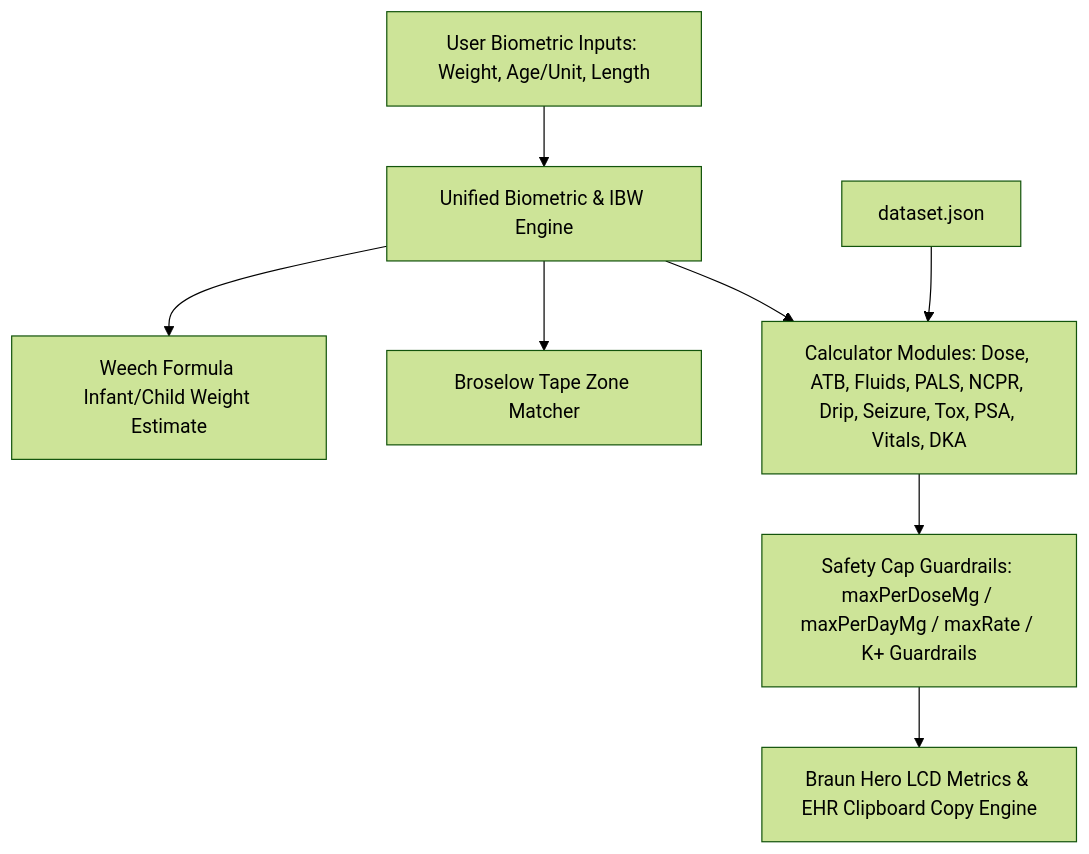
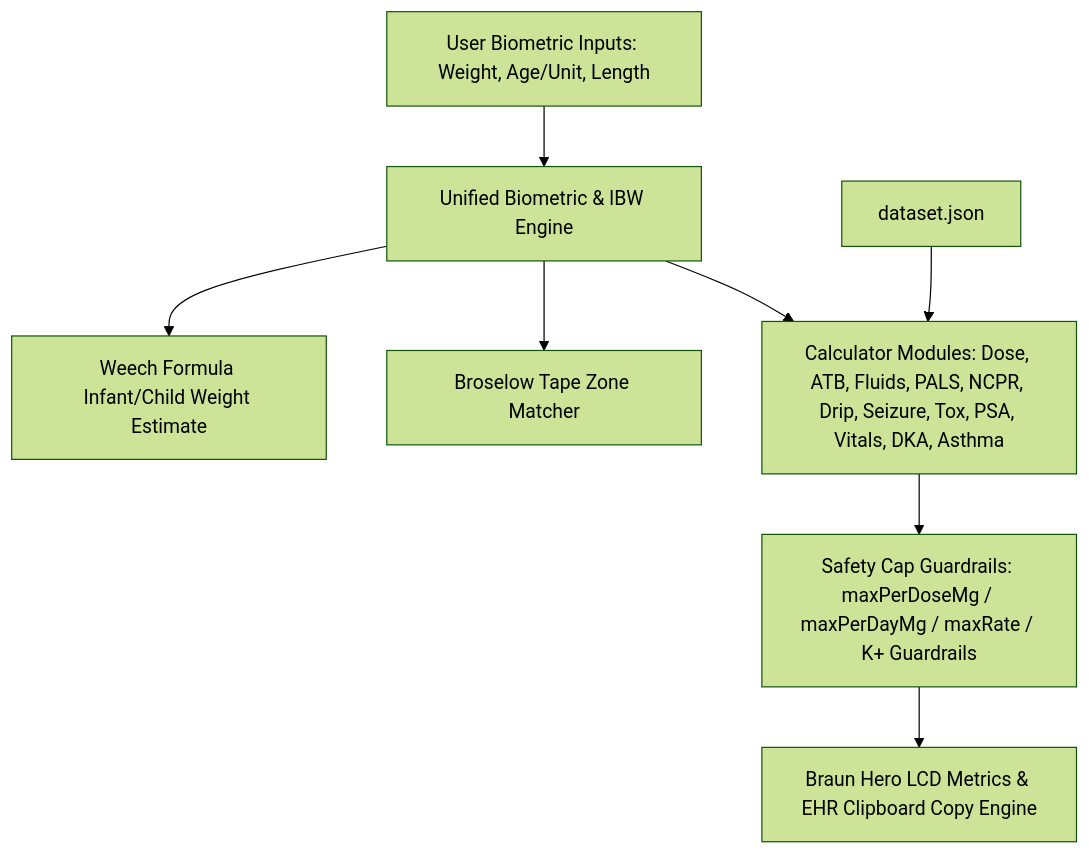
The diagram in ARCHITECTURE.md (NTWKKM/er-ped), drawn with Mermaid (forest theme) before and after one commit. The commit also changed other lines of this file and 9 other files, not shown here.

First line of the commit message:
feat: Add Acute Asthma Attack Protocol tab with HFNC calculator (v1.8.0)

````diff
--- a/ARCHITECTURE.md
+++ b/ARCHITECTURE.md
@@ -32,10 +33,10 @@
 ```mermaid
 flowchart TD
     UserInputs[User Biometric Inputs: Weight, Age/Unit, Length] --> BiometricEngine[Unified Biometric & IBW Engine]
     BiometricEngine --> WeechFormula[Weech Formula Infant/Child Weight Estimate]
     BiometricEngine --> BroselowMatcher[Broselow Tape Zone Matcher]
-    BiometricEngine --> ModuleCalculators[Calculator Modules: Dose, ATB, Fluids, PALS, NCPR, Drip, Seizure, Tox, PSA, Vitals, DKA]
+    BiometricEngine --> ModuleCalculators[Calculator Modules: Dose, ATB, Fluids, PALS, NCPR, Drip, Seizure, Tox, PSA, Vitals, DKA, Asthma]
     Dataset[dataset.json] --> ModuleCalculators
     ModuleCalculators --> SafetyCaps[Safety Cap Guardrails: maxPerDoseMg / maxPerDayMg / maxRate / K+ Guardrails]
     SafetyCaps --> UIOutputs[Braun Hero LCD Metrics & EHR Clipboard Copy Engine]
 ```
````
